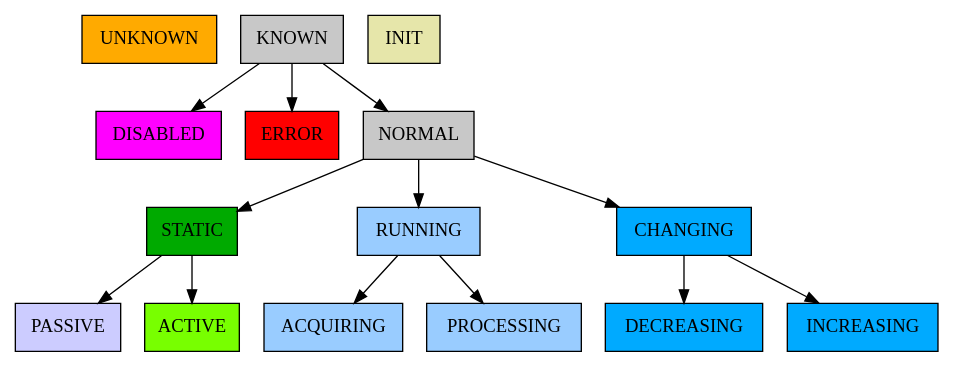
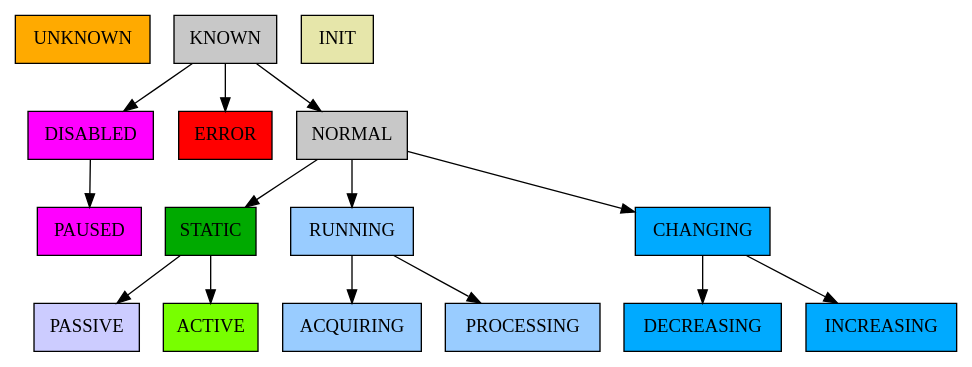
The first of 19 diagrams in doc/library/states.rst (European-XFEL/Karabo), drawn with Graphviz before and after one commit. The commit also changed other lines of this file, not shown here.

Commit message:
[CI-skip] Added 'PAUSED' to the diagrams. Adjusted text about requirements for custom trump lists.

```diff
--- a/doc/library/states.rst
+++ b/doc/library/states.rst
@@ -16,29 +16,31 @@
 .. digraph:: state_transitions
 
     "UNKNOWN"[shape = box style=filled, fillcolor="#FFAA00"]
     "DISABLED"[shape = box style=filled, fillcolor="#FF00FF"]
     "ERROR"[shape = box style=filled, fillcolor=red]
     "INIT"[shape = box style=filled, fillcolor="#E6E6AA"]
     "KNOWN"[shape = box style=filled, fillcolor="#C8C8C8"]
     "STATIC"[shape = box style=filled, fillcolor="#00AA00"]
     "NORMAL"[shape = box style=filled, fillcolor="#C8C8C8"]
+    "PAUSED"[shape = box style=filled, fillcolor="#FF00FF"]
     "KNOWN" -> "NORMAL"
     "KNOWN" -> "ERROR"
     "KNOWN" -> "DISABLED"
+    "DISABLED" -> "PAUSED"
     "NORMAL" -> "STATIC"
     "NORMAL" -> "RUNNING"
     "RUNNING"[shape = box style=filled, fillcolor="#99CCFF"]
     "ACQUIRING"[shape = box style=filled, fillcolor="#99CCFF"]
     "RUNNING" -> "ACQUIRING"
     "PROCESSING"[shape = box style=filled, fillcolor="#99CCFF"]
     "RUNNING" -> "PROCESSING"
     "PASSIVE"[shape = box style=filled, fillcolor="#CCCCFF"]
     "STATIC" -> "PASSIVE"
     "ACTIVE"[shape = box style=filled, fillcolor="#78FF00"]
     "STATIC" -> "ACTIVE"
     "CHANGING"[shape = box style=filled, fillcolor="#00AAFF"]
     "NORMAL" -> "CHANGING"
     "DECREASING"[shape = box style=filled, fillcolor="#00AAFF"]
     "CHANGING" -> "DECREASING"
     "INCREASING"[shape = box style=filled, fillcolor="#00AAFF"]
     "CHANGING" -> "INCREASING"
```
